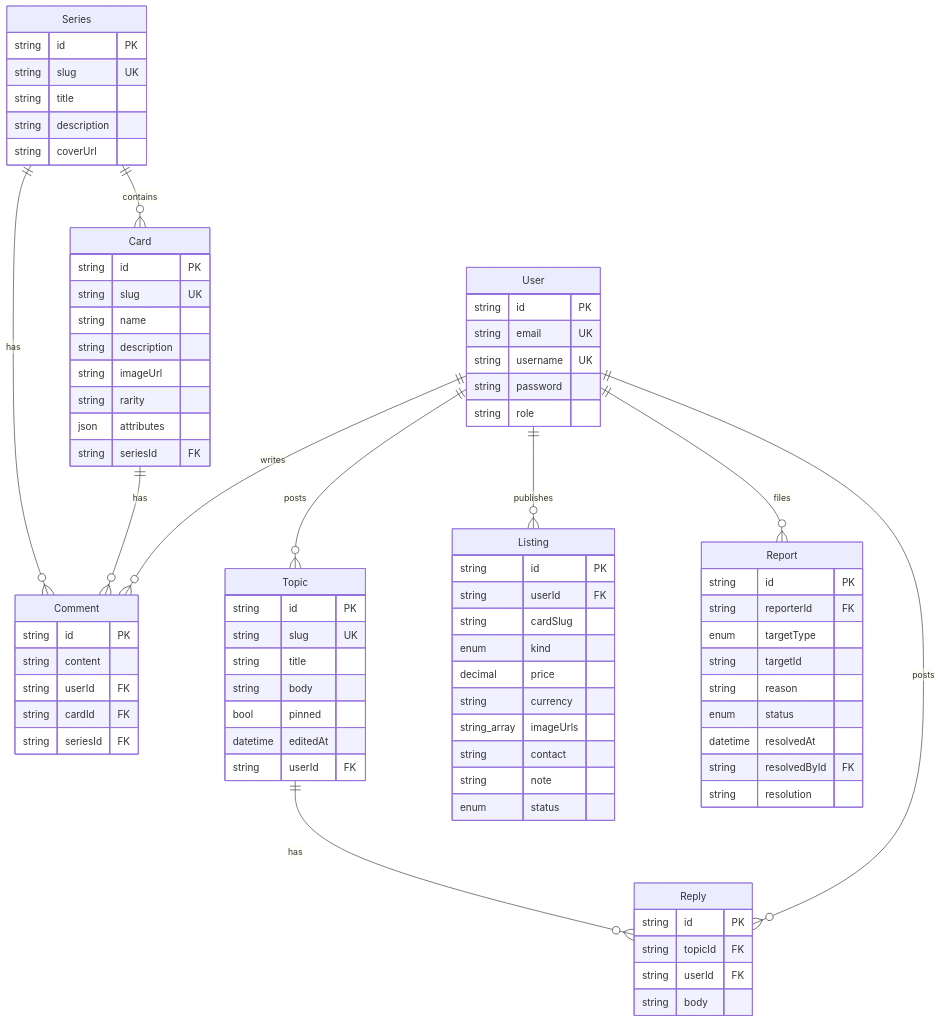
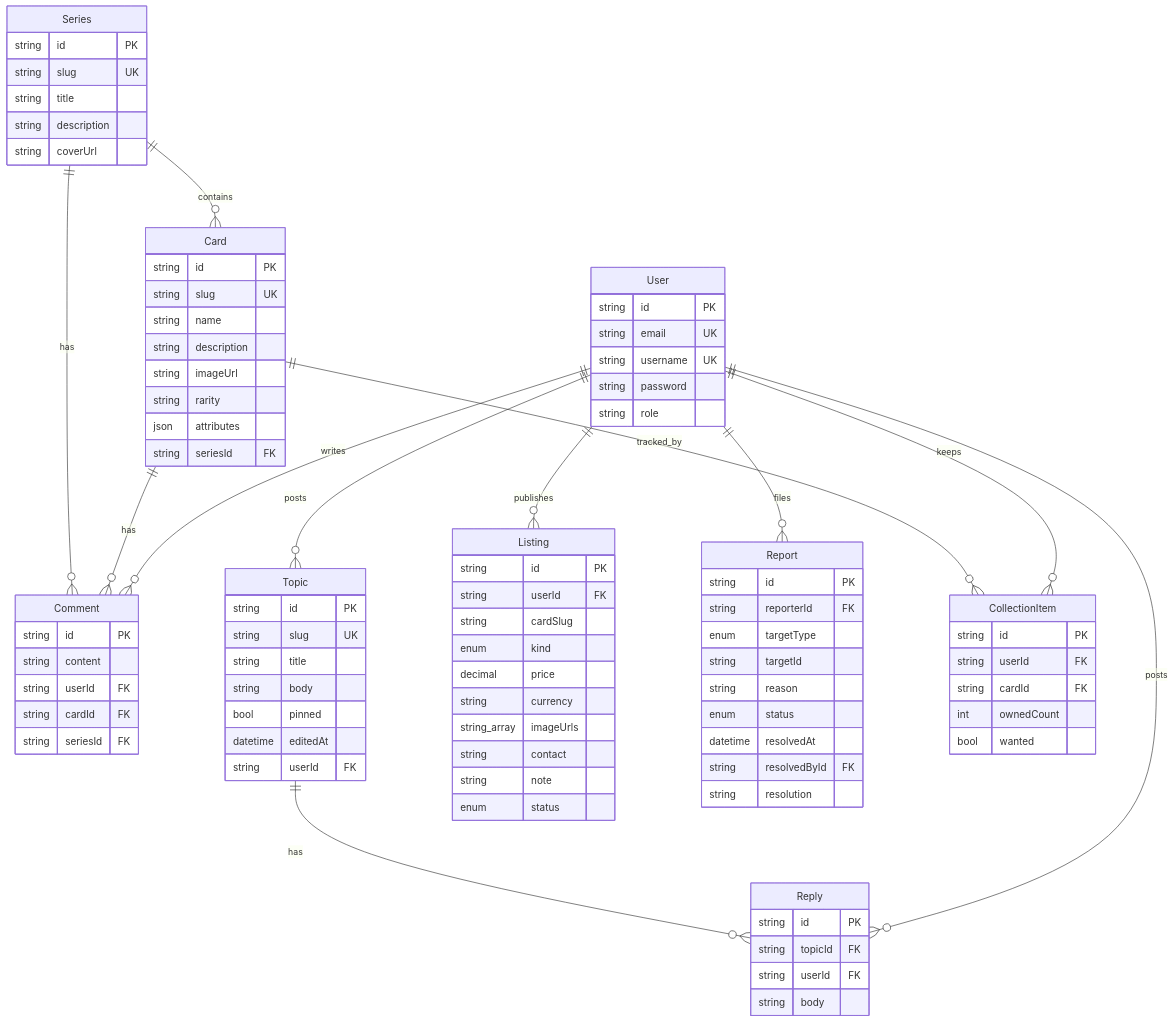
One commit to xv-jiaqi/multi-apps changed the diagram in docs/Cardhub/feature-inventory.md. Above: the diagram before and after it, drawn with Mermaid. The commit also changed other lines of this file and 15 other files, not shown here.

````diff
--- a/docs/Cardhub/feature-inventory.md
+++ b/docs/Cardhub/feature-inventory.md
@@ -246,6 +249,8 @@
   User ||--o{ Reply : posts
   User ||--o{ Listing : publishes
   User ||--o{ Report : files
+  User ||--o{ CollectionItem : keeps
+  Card ||--o{ CollectionItem : tracked_by
   Series ||--o{ Card : contains
   Card ||--o{ Comment : has
   Series ||--o{ Comment : has
@@ -320,4 +325,11 @@
     string resolvedById FK
     string resolution
   }
+  CollectionItem {
+    string id PK
+    string userId FK
+    string cardId FK
+    int ownedCount
+    bool wanted
+  }
 ```
````
